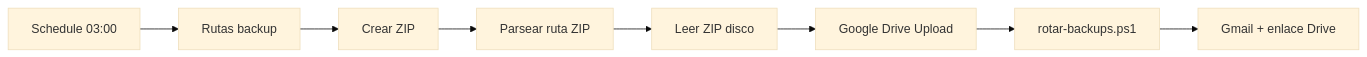
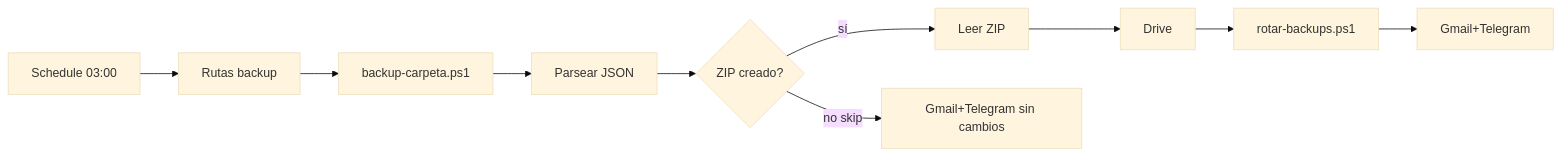
The fourth of 7 diagrams in documentacion-workflows-sistemas.md (gracobjo/n8n), drawn with Mermaid (base theme) before and after one commit. The commit also changed other lines of this file and 4 other files, not shown here.

````diff
--- a/documentacion-workflows-sistemas.md
+++ b/documentacion-workflows-sistemas.md
@@ -345,10 +346,12 @@
 ```mermaid
 flowchart LR
   S[Schedule 03:00] --> R[Rutas backup]
-  R --> Z[Crear ZIP]
-  Z --> P[Parsear ruta ZIP]
-  P --> RD[Leer ZIP disco]
-  RD --> DR[Google Drive Upload]
+  R --> Z[backup-carpeta.ps1]
+  Z --> P[Parsear JSON]
+  P --> I{ZIP creado?}
+  I -->|sí| RD[Leer ZIP]
+  RD --> DR[Drive]
   DR --> ROT[rotar-backups.ps1]
-  ROT --> G[Gmail + enlace Drive]
+  ROT --> G[Gmail+Telegram]
+  I -->|no skip| SK[Gmail+Telegram sin cambios]
 ```
````
